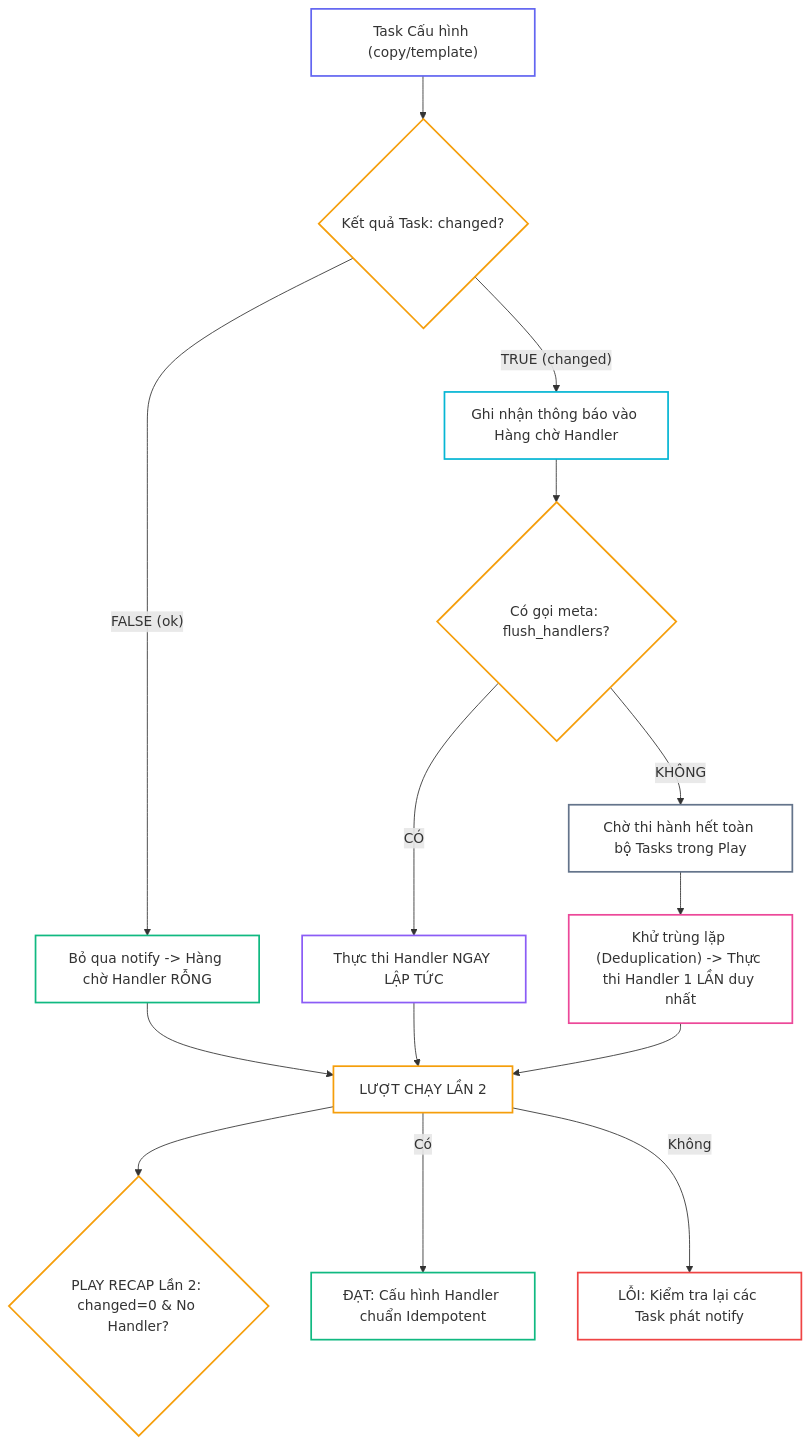
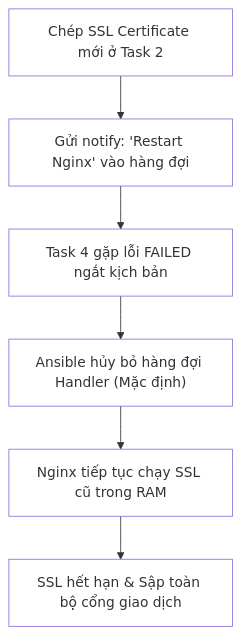
One commit to kiennt308/ntk changed the second of 3 diagrams in _posts/2026-09-13-ansible-11-11-handlers-notify.md. Above: the diagram before and after it, drawn with Mermaid. The commit also changed other lines of this file and 30 other files, not shown here.

````diff
--- a/_posts/2026-09-13-ansible-11-11-handlers-notify.md
+++ b/_posts/2026-09-13-ansible-11-11-handlers-notify.md
@@ -353,30 +200,15 @@
 ```mermaid
 flowchart TD
-    A["Task Cấu hình (copy/template)"] --> B{"Kết quả Task: changed?"}
-    B -->|"FALSE (ok)"| C["Bỏ qua notify -> Hàng chờ Handler RỖNG"]
-    B -->|"TRUE (changed)"| D["Ghi nhận thông báo vào Hàng chờ Handler"]
-    
-    D --> E{"Có gọi meta: flush_handlers?"}
-    E -->|"CÓ"| F["Thực thi Handler NGAY LẬP TỨC"]
-    E -->|"KHÔNG"| G["Chờ thi hành hết toàn bộ Tasks trong Play"]
-    
-    G --> H["Khử trùng lặp (Deduplication) -> Thực thi Handler 1 LẦN duy nhất"]
-    
-    C & F & H --> I["LƯỢT CHẠY LẦN 2"]
-    I --> J{"PLAY RECAP Lần 2: changed=0 & No Handler?"}
-    I -->|"Có"| K["ĐẠT: Cấu hình Handler chuẩn Idempotent"]
-    I -->|"Không"| L["LỖI: Kiểm tra lại các Task phát notify"]
+    A["Chép SSL Certificate mới ở Task 2"] --> B["Gửi notify: 'Restart Nginx' vào hàng đợi"]
+    B --> C["Task 4 gặp lỗi FAILED ngắt kịch bản"]
+    C --> D["Ansible hủy bỏ hàng đợi Handler (Mặc định)"]
+    D --> E["Nginx tiếp tục chạy SSL cũ trong RAM"]
+    E --> F["SSL hết hạn & Sập toàn bộ cổng giao dịch"]
 
-    style A fill:none,stroke:#6366f1,stroke-width:2px
-    style B fill:none,stroke:#f59e0b,stroke-width:2px
-    style C fill:none,stroke:#10b981,stroke-width:2px
-    style D fill:none,stroke:#06b6d4,stroke-width:2px
-    style E fill:none,stroke:#f59e0b,stroke-width:2px
-    style F fill:none,stroke:#8b5cf6,stroke-width:2px
-    style G fill:none,stroke:#64748b,stroke-width:2px
-    style H fill:none,stroke:#ec4899,stroke-width:2px
-    style I fill:none,stroke:#f59e0b,stroke-width:2px
-    style J fill:none,stroke:#f59e0b,stroke-width:2px
-    style K fill:none,stroke:#10b981,stroke-width:2px
-    style L fill:none,stroke:#ef4444,stroke-width:2px
+    style A fill:none
+    style B fill:none
+    style C fill:none
+    style D fill:none
+    style E fill:none
+    style F fill:none
 ```
````
